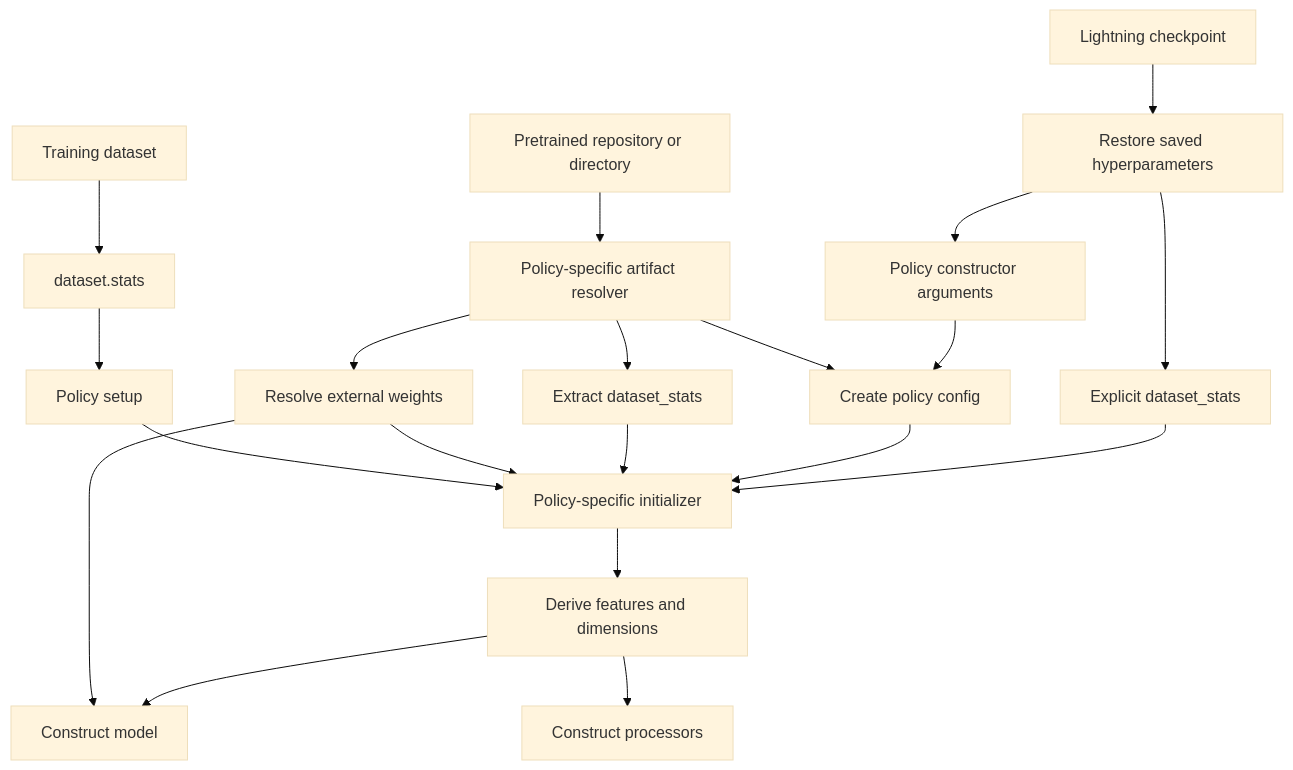
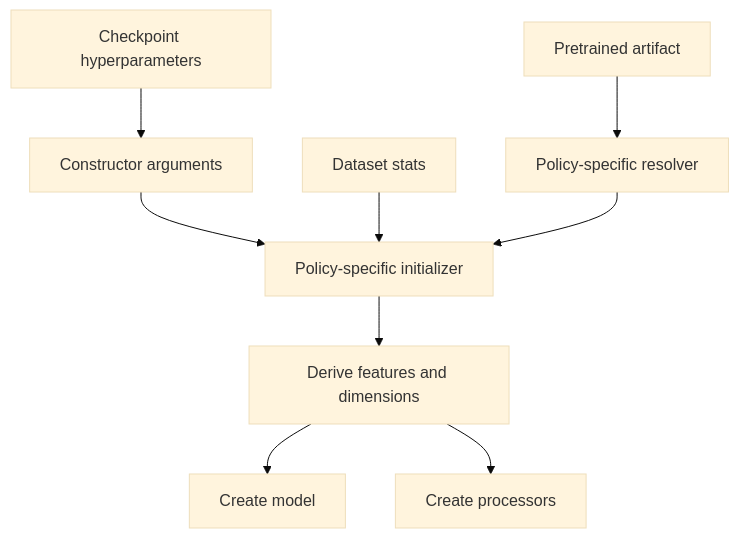
One commit to alfieroddan/physical-ai-studio changed the first of 6 diagrams in library/docs/explanation/policy/current-policies.md. Above: the diagram before and after it, drawn with Mermaid (base theme). The commit also changed other lines of this file and 8 other files, not shown here.

````diff
--- a/library/docs/explanation/policy/current-policies.md
+++ b/library/docs/explanation/policy/current-policies.md
@@ -34,26 +25,11 @@
 ```mermaid
 flowchart TD
-    A[Policy constructor arguments] --> C[Create policy config]
-    H[Pretrained repository or directory] --> R[Policy-specific artifact resolver]
-    R --> C
-    R --> S[Extract dataset_stats]
-    R --> W[Resolve external weights]
-
-    D[Training dataset] --> DS[dataset.stats]
-    DS --> SETUP[Policy setup]
-
-    E[Explicit dataset_stats] --> INIT[Policy-specific initializer]
-    C --> INIT
-    S --> INIT
-    W --> INIT
-    SETUP --> INIT
-
-    CK[Lightning checkpoint] --> HP[Restore saved hyperparameters]
-    HP --> A
-    HP --> E
-
-    INIT --> F[Derive features and dimensions]
-    F --> M[Construct model]
-    F --> P[Construct processors]
-    W --> M
+    A[Constructor arguments] --> I[Policy-specific initializer]
+    D[Dataset stats] --> I
+    H[Pretrained artifact] --> R[Policy-specific resolver]
+    R --> I
+    C[Checkpoint hyperparameters] --> A
+    I --> F[Derive features and dimensions]
+    F --> M[Create model]
+    F --> P[Create processors]
 ```
````
